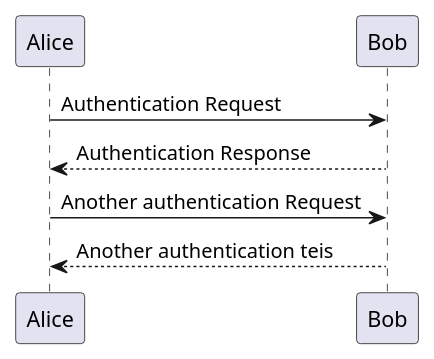
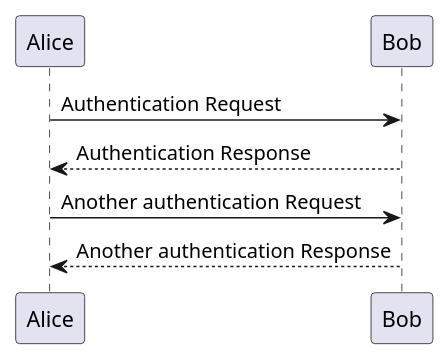
Before and after one commit to Aki158/PlantUML-Server: the diagram in Temp/edit.puml, drawn with PlantUML. The commit also changed 7 other files, not shown here.

```diff
--- a/Temp/edit.puml
+++ b/Temp/edit.puml
@@ -2,7 +2,7 @@
 @startuml
 Alice -> Bob: Authentication Request
 Bob --> Alice: Authentication Response
 
 Alice -> Bob: Another authentication Request
-Alice <-- Bob: Another authentication teis
+Alice <-- Bob: Another authentication Response
 @enduml
```
